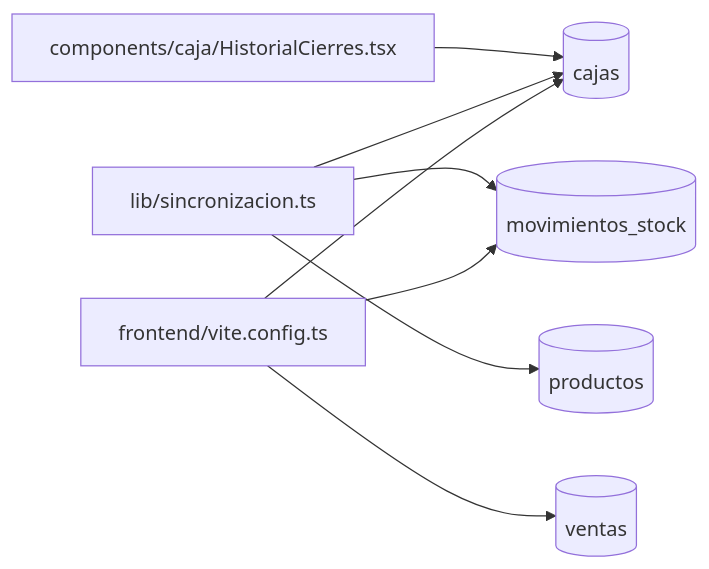
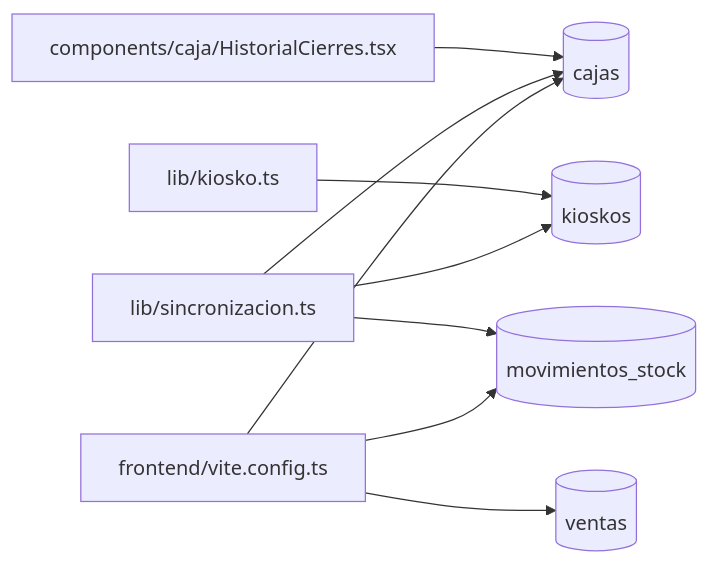
The second of 2 diagrams in ARQUITECTURA.md (nicovazzoler/kioskardo), drawn with Mermaid before and after one commit. The commit also changed other lines of this file, not shown here.

````diff
--- a/ARQUITECTURA.md
+++ b/ARQUITECTURA.md
@@ -22,17 +22,19 @@
 ```mermaid
 graph LR
   Pcomponentscaja["components/caja/HistorialCierres.tsx"]
   Tcajas[("cajas")]
   Pcomponentscaja --> Tcajas
+  Plibkioskots["lib/kiosko.ts"]
+  Tkioskos[("kioskos")]
+  Plibkioskots --> Tkioskos
   Plibsincronizac["lib/sincronizacion.ts"]
   Plibsincronizac --> Tcajas
+  Plibsincronizac --> Tkioskos
   Tmovimientoss[("movimientos_stock")]
   Plibsincronizac --> Tmovimientoss
-  Tproductos[("productos")]
-  Plibsincronizac --> Tproductos
   Pfrontendviteco["frontend/vite.config.ts"]
   Pfrontendviteco --> Tcajas
   Pfrontendviteco --> Tmovimientoss
   Tventas[("ventas")]
   Pfrontendviteco --> Tventas
 ```
````
